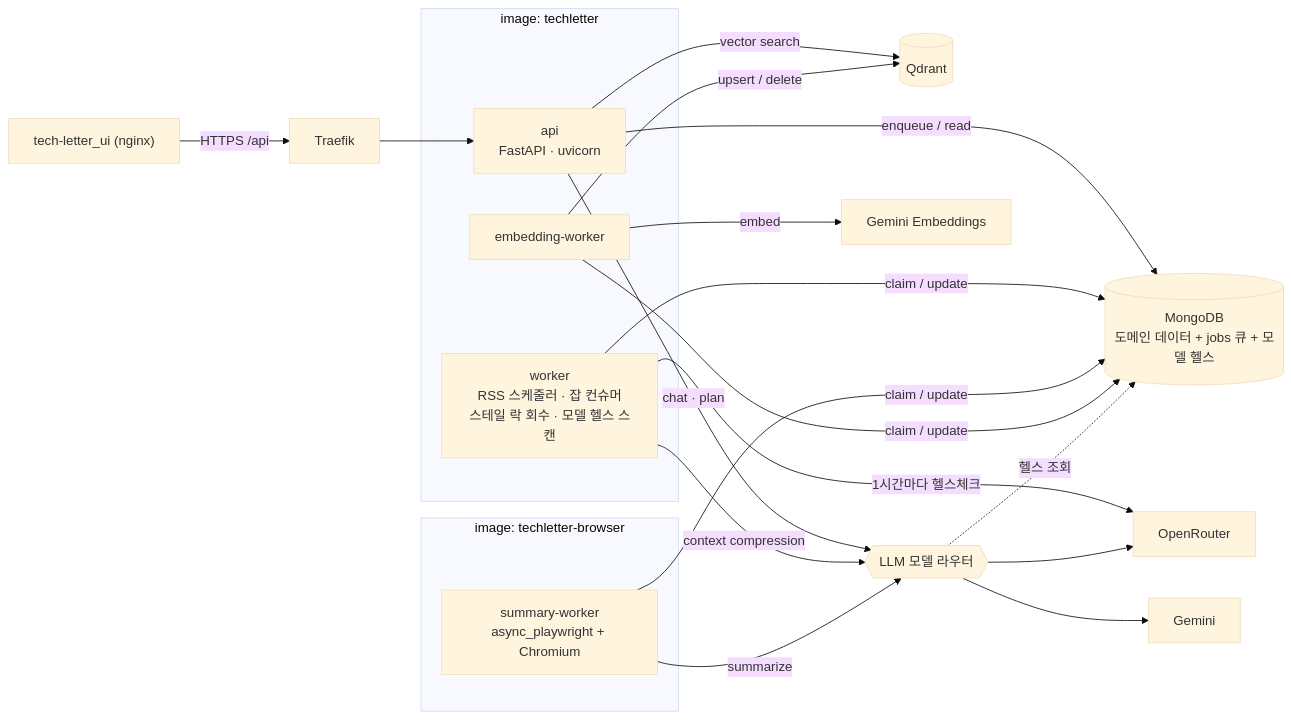
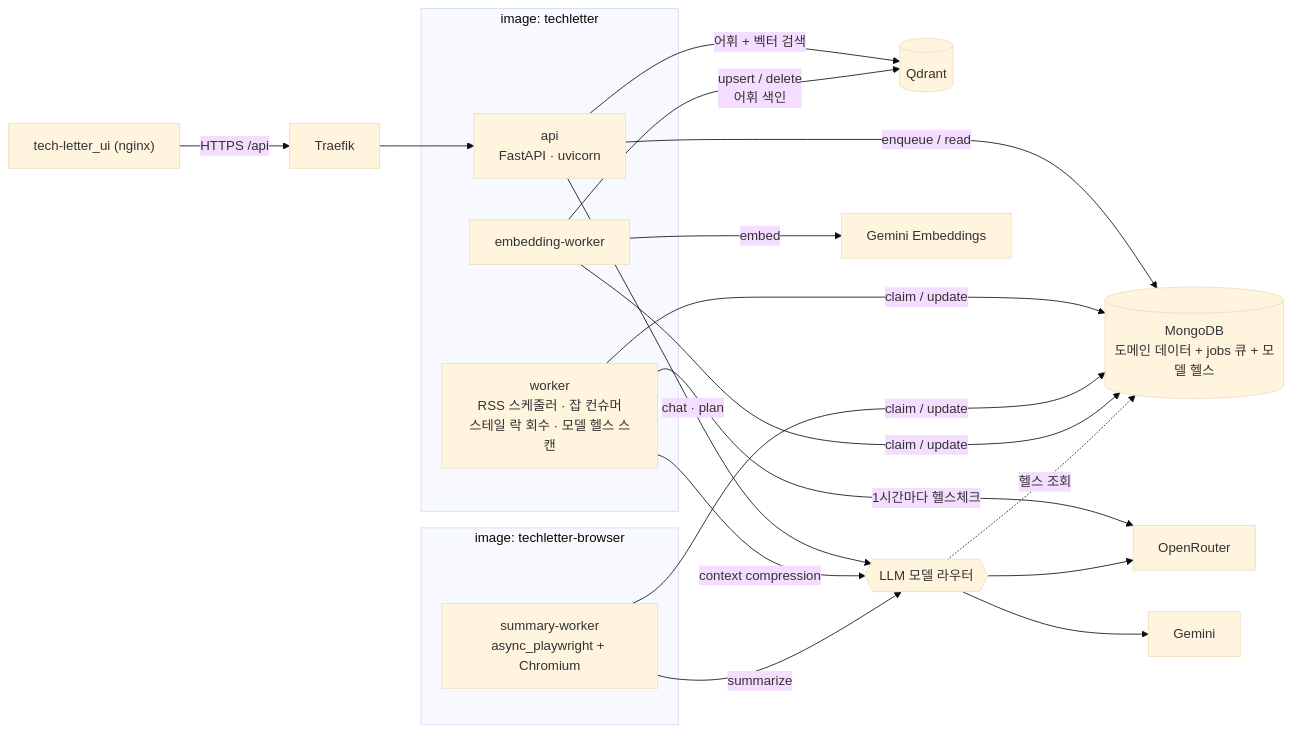
One commit to TechLetter/tech-letter changed the diagram in docs/architecture/architecture.md. Above: the diagram before and after it, drawn with Mermaid (base theme). The commit also changed other lines of this file and 9 other files, not shown here.

````diff
--- a/docs/architecture/architecture.md
+++ b/docs/architecture/architecture.md
@@ -7,31 +7,31 @@
 ```mermaid
 flowchart LR
     FE["tech-letter_ui (nginx)"] -->|HTTPS /api| T[Traefik]
     T --> API
 
     subgraph img1["image: techletter"]
         API["api<br/>FastAPI · uvicorn"]
         W["worker<br/>RSS 스케줄러 · 잡 컨슈머<br/>스테일 락 회수 · 모델 헬스 스캔"]
         EW["embedding-worker"]
     end
     subgraph img2["image: techletter-browser"]
         SW["summary-worker<br/>async_playwright + Chromium"]
     end
 
     API -->|enqueue / read| M[("MongoDB<br/>도메인 데이터 + jobs 큐 + 모델 헬스")]
     W -->|claim / update| M
     SW -->|claim / update| M
     EW -->|claim / update| M
 
-    API -->|vector search| Q[(Qdrant)]
-    EW -->|upsert / delete| Q
+    API -->|어휘 + 벡터 검색| Q[(Qdrant)]
+    EW -->|upsert / delete<br/>어휘 색인| Q
 
     API -->|chat · plan| R{{"LLM 모델 라우터"}}
     W -->|context compression| R
     W -->|1시간마다 헬스체크| OR
     SW -->|summarize| R
     EW -->|embed| G[Gemini Embeddings]
     R -.->|헬스 조회| M
     R --> OR[OpenRouter]
     R --> GG[Gemini]
 ```
````
